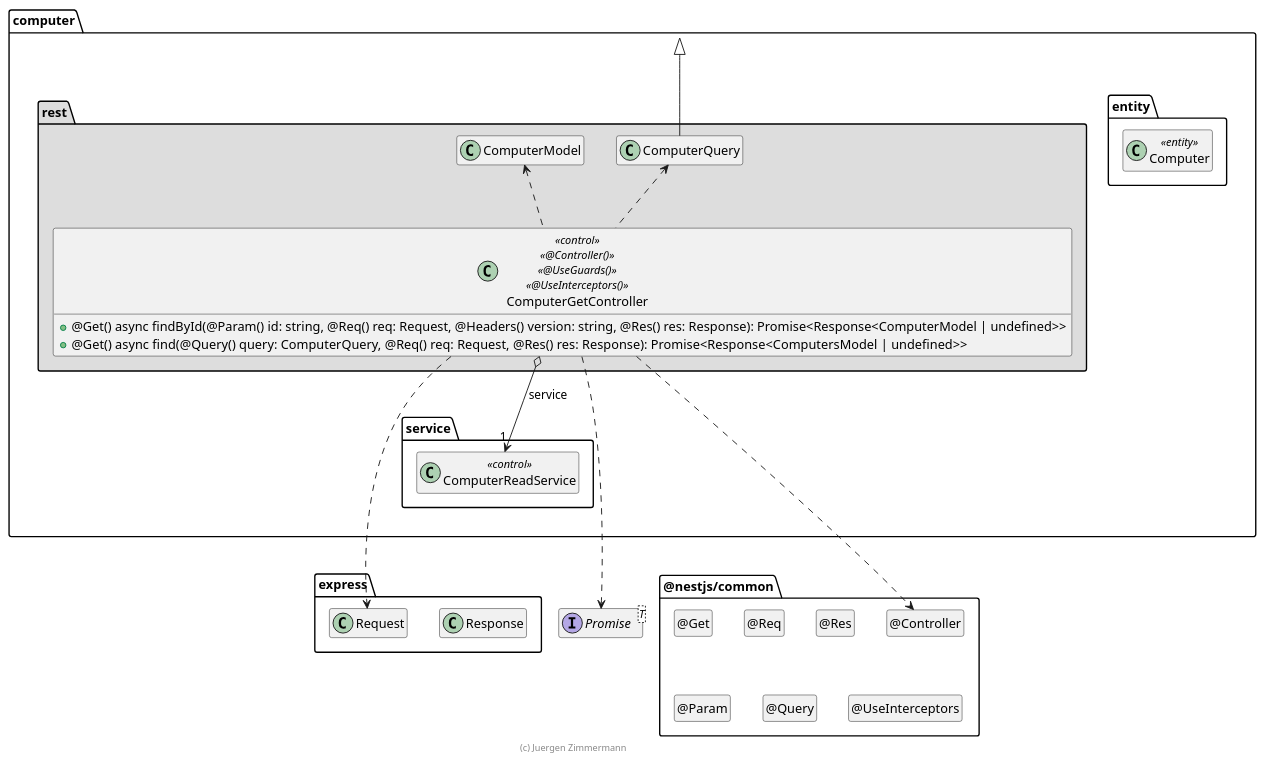
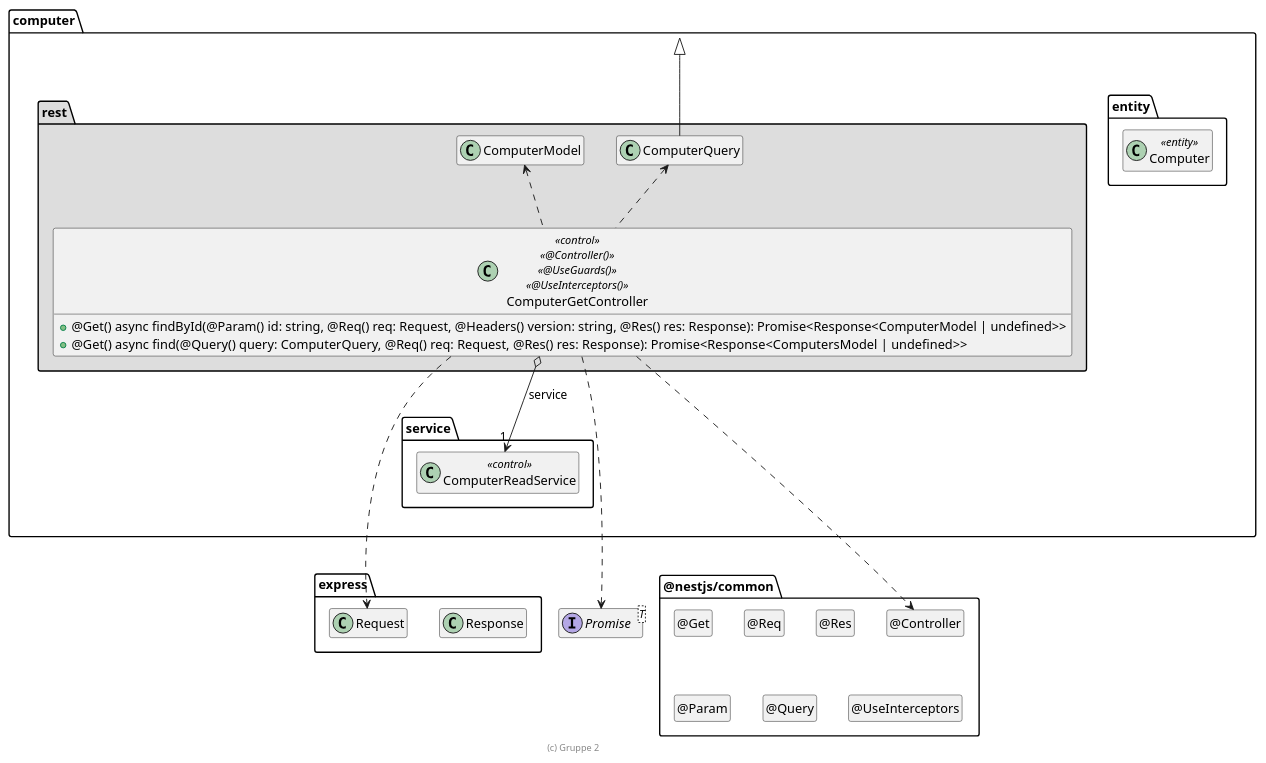
The diagram in extras/doc/entwicklerhandbuch/ComputerGetController.plantuml (Wichlee/computer), drawn with PlantUML before and after one commit. The commit also changed 3 other files, not shown here.

Commit message:
changed footer to 'Gruppe 2'

```diff
--- a/extras/doc/entwicklerhandbuch/ComputerGetController.plantuml
+++ b/extras/doc/entwicklerhandbuch/ComputerGetController.plantuml
@@ -18,73 +18,73 @@
 @startuml Controller-Klasse
 
 interface Promise<T>
 
 package @nestjs/common {
   class "@Controller" as Controller
   hide Controller circle
 
   class "@Get" as Get
   hide Get circle
 
   class "@Req" as Req
   hide Req circle
 
   class "@Res" as Res
   hide Res circle
 
   class "@Param" as Param
   hide Param circle
 
   class "@Query" as Query
   hide Query circle
 
   class "@UseInterceptors" as UseInterceptors
   hide UseInterceptors circle
 }
 
 package express {
   class Request
   class Response
 
   Response .[hidden].> Controller
 }
 
 package computer {
   package entity #FFFFFF {
     class Computer <<entity>>
 
     Computer .[hidden].> Promise
     Computer .[hidden].> Request
   }
 
   package service {
     class ComputerReadService << control >>
   }
 
   package rest #DDDDDD {
     ComputerQuery -up-|> computer
 
     class ComputerGetController << control >> << @Controller() >> << @UseGuards() >> << @UseInterceptors() >> {
       + @Get() async findById(@Param() id: string, @Req() req: Request, @Headers() version: string, @Res() res: Response): Promise<Response<ComputerModel | undefined>>
       + @Get() async find(@Query() query: ComputerQuery, @Req() req: Request,  @Res() res: Response): Promise<Response<ComputersModel | undefined>>
     }
 
     ComputerGetController o--> "1" ComputerReadService : service
 
     ComputerGetController ..> Controller
     ComputerGetController ..> Request
     ComputerGetController ..> Promise
     ComputerGetController .up.> ComputerModel
     ComputerGetController .up.> ComputerQuery
 
     ComputerReadService .[hidden].> Request
     ComputerReadService .[hidden].> Promise
     Response .right[hidden].> Controller
   }
 }
 
 hide empty members
 
-footer (c) Juergen Zimmermann
+footer (c) Gruppe 2
 
 @enduml
```
